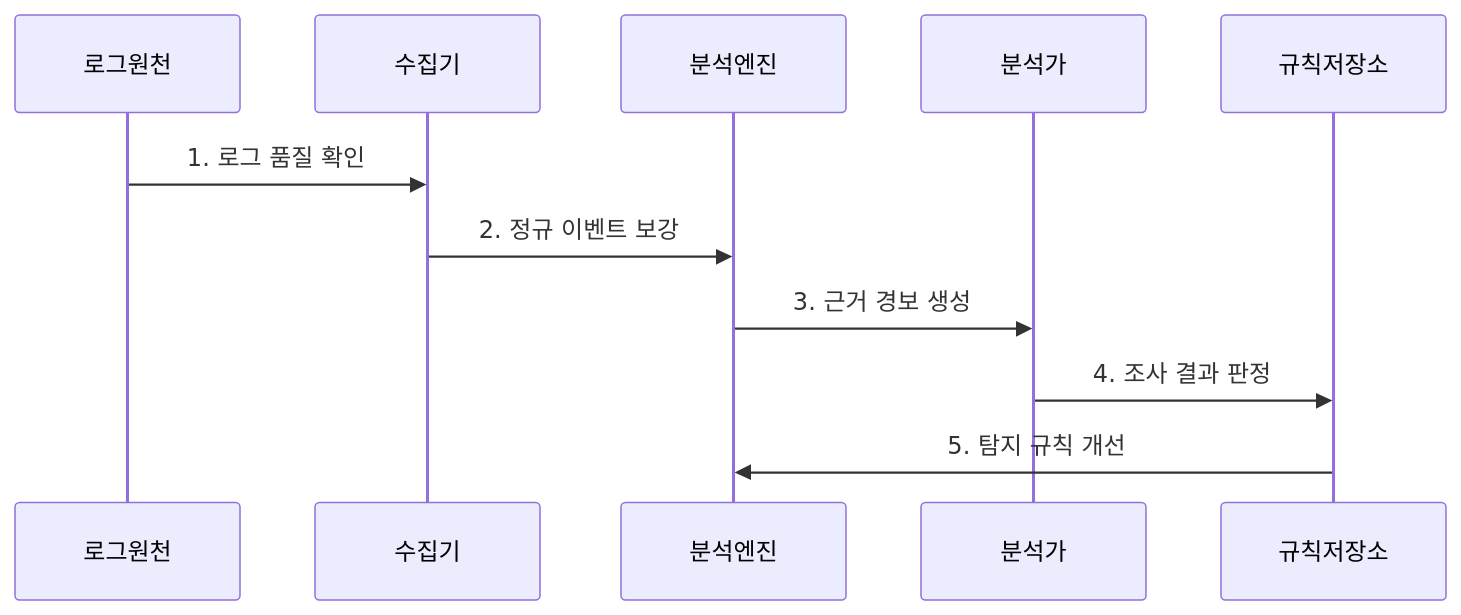
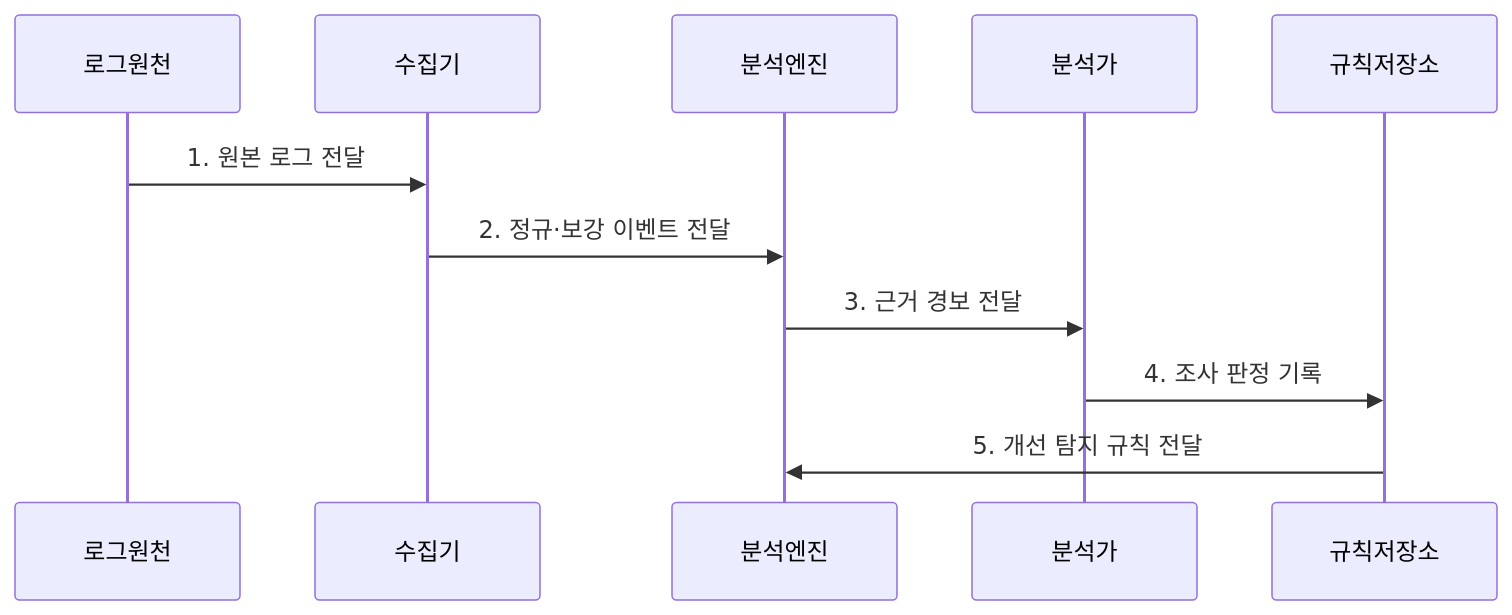
One commit to agnusdei1207/knowledge-base changed the second of 2 diagrams in src/content/docs/notes/04-network/093_siem_security_information_event_management.md. Above: the diagram before and after it, drawn with Mermaid. The commit also changed other lines of this file and 20 other files, not shown here.

````diff
--- a/src/content/docs/notes/04-network/093_siem_security_information_event_management.md
+++ b/src/content/docs/notes/04-network/093_siem_security_information_event_management.md
@@ -80,13 +86,13 @@
 ```mermaid
 sequenceDiagram
     participant 로그원천
     participant 수집기
     participant 분석엔진
     participant 분석가
     participant 규칙저장소
-    로그원천->>수집기: 1. 로그 품질 확인
-    수집기->>분석엔진: 2. 정규 이벤트 보강
-    분석엔진->>분석가: 3. 근거 경보 생성
-    분석가->>규칙저장소: 4. 조사 결과 판정
-    규칙저장소->>분석엔진: 5. 탐지 규칙 개선
+    로그원천->>수집기: 1. 원본 로그 전달
+    수집기->>분석엔진: 2. 정규·보강 이벤트 전달
+    분석엔진->>분석가: 3. 근거 경보 전달
+    분석가->>규칙저장소: 4. 조사 판정 기록
+    규칙저장소->>분석엔진: 5. 개선 탐지 규칙 전달
 ```
````
